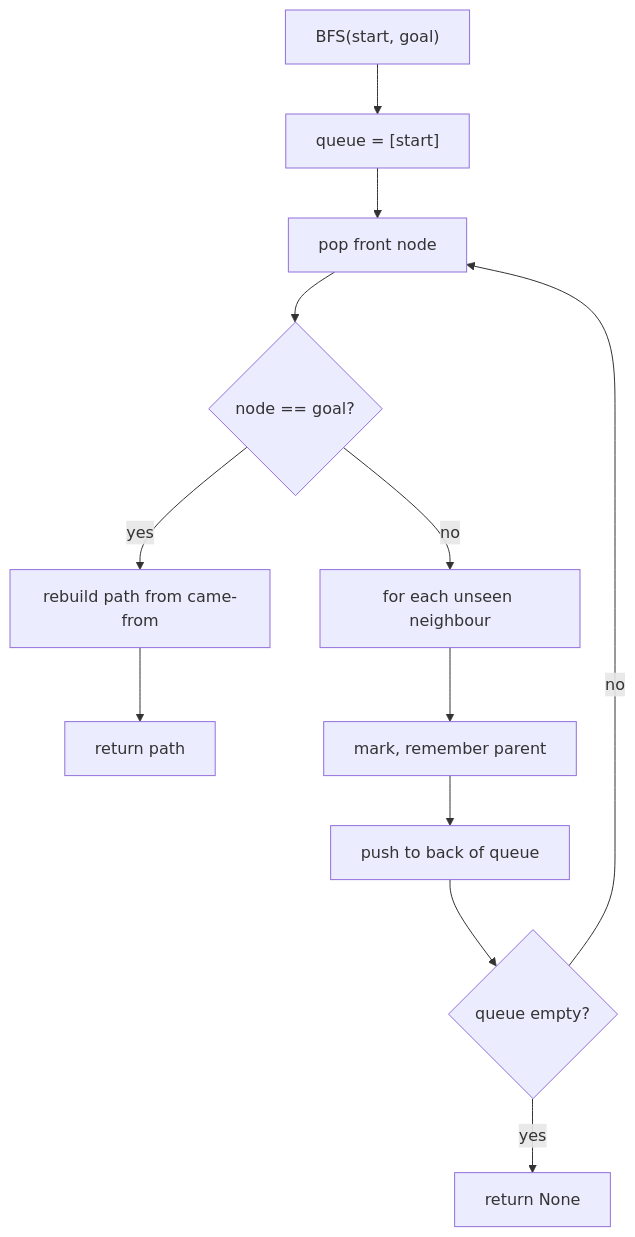
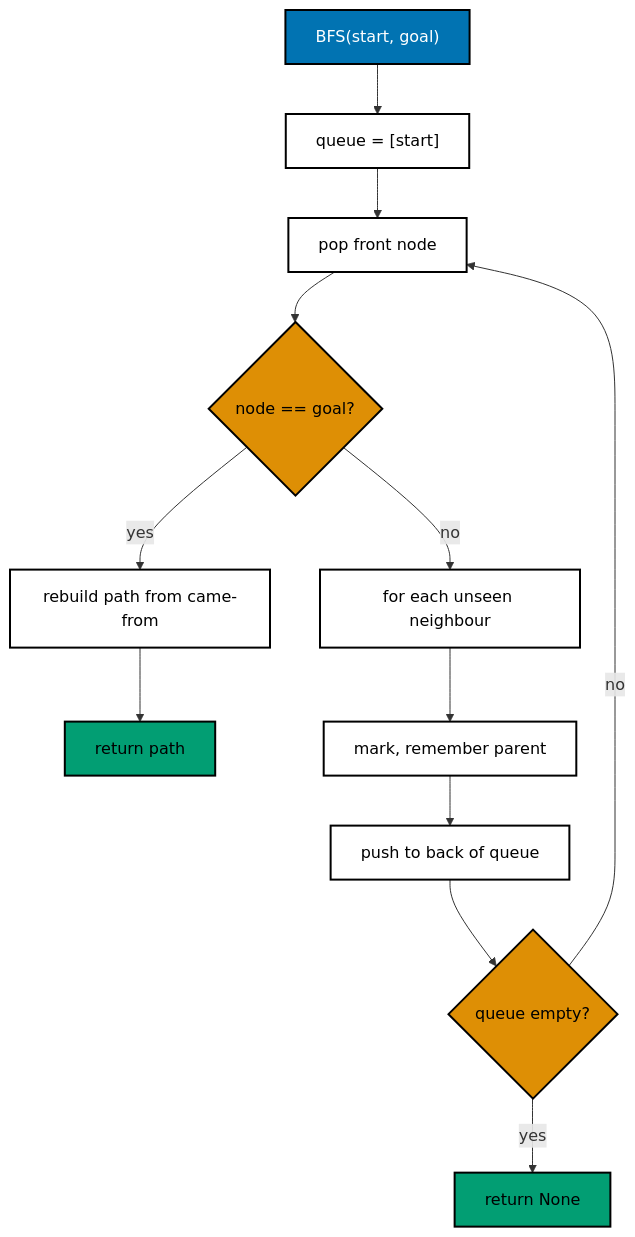
One commit to wahidyankf/grind-in-public changed the diagram in drill/system-design-algos/in-python/algo_12_graph_search.md. Above: the diagram before and after it, drawn with Mermaid. The commit also changed 22 other files, not shown here.

First line of the commit message:
docs: use accessible palette in mermaid diagrams

````diff
--- a/drill/system-design-algos/in-python/algo_12_graph_search.md
+++ b/drill/system-design-algos/in-python/algo_12_graph_search.md
@@ -39,18 +39,25 @@
 ```mermaid
 flowchart TD
   accTitle: BFS shortest path
   accDescr {
     Shows breadth-first search from the start node, stopping at the goal or when the queue is empty.
   }
   A["BFS(start, goal)"] --> B["queue = [start]"]
   B --> C["pop front node"]
   C --> D{"node == goal?"}
   D -->|yes| E["rebuild path from came-from"]
   E --> F["return path"]
   D -->|no| G["for each unseen neighbour"]
   G --> H["mark, remember parent"]
   H --> I["push to back of queue"]
   I --> J{"queue empty?"}
   J -->|yes| K["return None"]
   J -->|no| C
+  classDef default fill:#FFFFFF,stroke:#000000,color:#000000,stroke-width:2px
+  classDef blue fill:#0173B2,stroke:#000000,color:#FFFFFF,stroke-width:2px
+  classDef orange fill:#DE8F05,stroke:#000000,color:#000000,stroke-width:2px
+  classDef teal fill:#029E73,stroke:#000000,color:#000000,stroke-width:2px
+  class D,J orange
+  class A blue
+  class F,K teal
 ```
````
